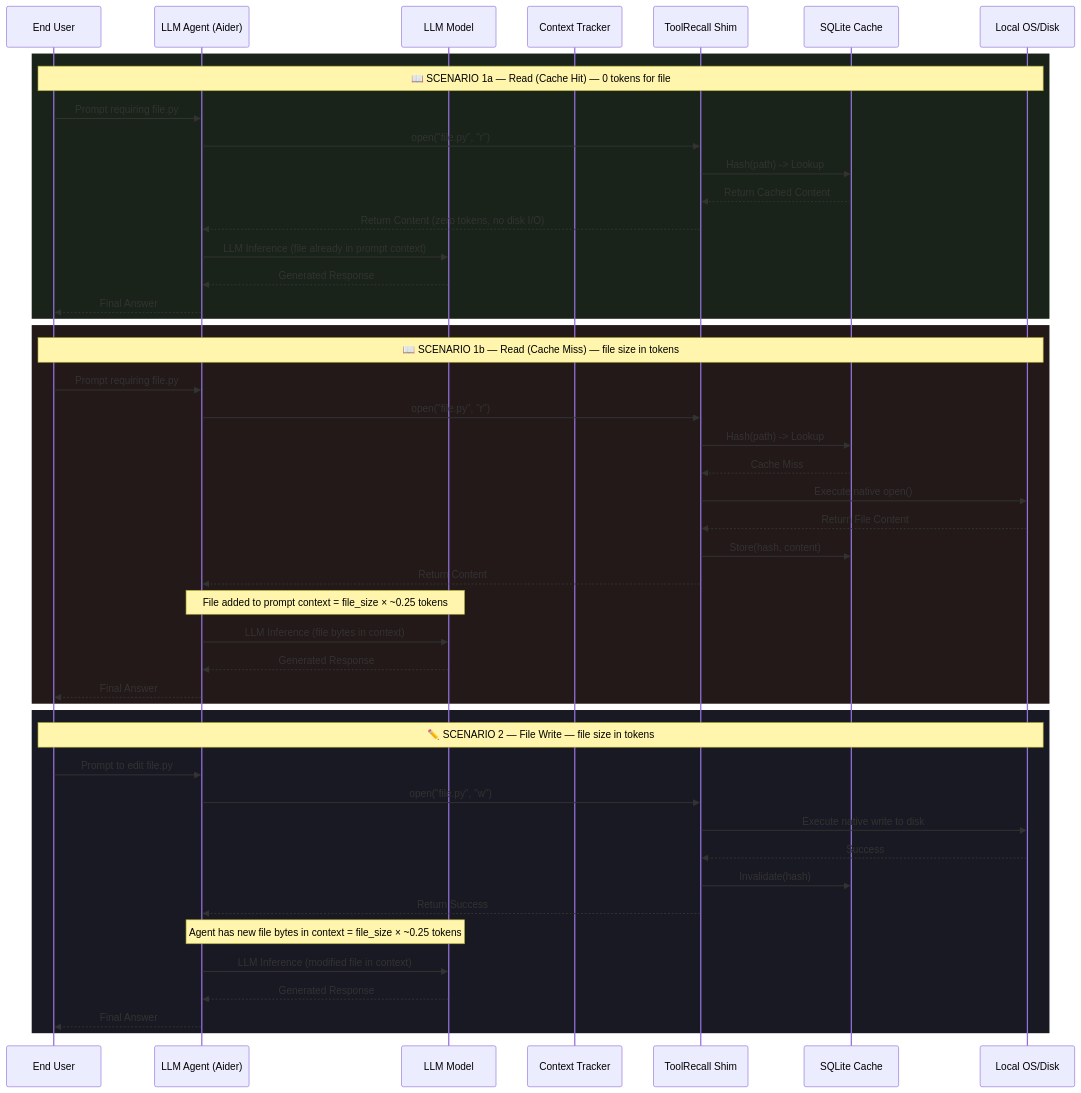
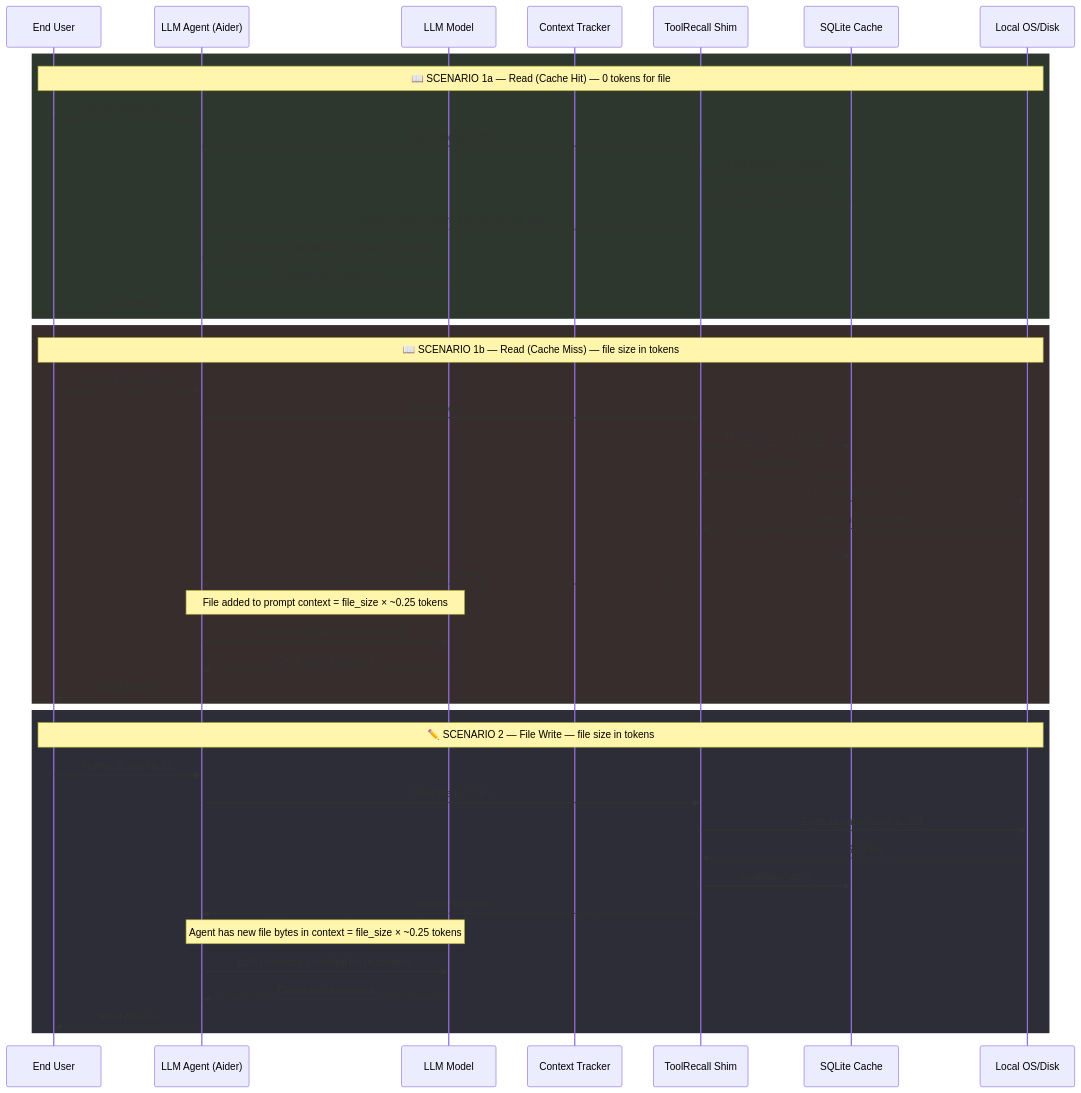
Before and after one commit to whiskybeer/toolrecall: the second of 2 diagrams in docs/ARCHITECTURE_DIAGRAM.md, drawn with Mermaid. The commit also changed other lines of this file, not shown here.

Commit message:
fix: mermaid bright-mode readability — classDef with light text on dark fill

````diff
--- a/docs/ARCHITECTURE_DIAGRAM.md
+++ b/docs/ARCHITECTURE_DIAGRAM.md
@@ -56,52 +60,52 @@
 ```mermaid
 sequenceDiagram
     participant User as End User
     participant Agent as LLM Agent (Aider)
     participant Model as LLM Model
     participant CT as Context Tracker
     participant Shim as ToolRecall Shim
     participant SQLite as SQLite Cache
     participant OS as Local OS/Disk
 
-    rect rgb(25, 35, 25)
+    rect rgb(45, 55, 45)
     Note over User, OS: 📖 SCENARIO 1a — Read (Cache Hit) — 0 tokens for file
     User->>Agent: Prompt requiring file.py
     Agent->>Shim: open("file.py", "r")
     Shim->>SQLite: Hash(path) -> Lookup
     SQLite-->>Shim: Return Cached Content
     Shim-->>Agent: Return Content (zero tokens, no disk I/O)
     Agent->>Model: LLM Inference (file already in prompt context)
     Model-->>Agent: Generated Response
     Agent-->>User: Final Answer
     end
 
-    rect rgb(35, 25, 25)
+    rect rgb(55, 45, 45)
     Note over User, OS: 📖 SCENARIO 1b — Read (Cache Miss) — file size in tokens
     User->>Agent: Prompt requiring file.py
     Agent->>Shim: open("file.py", "r")
     Shim->>SQLite: Hash(path) -> Lookup
     SQLite-->>Shim: Cache Miss
     Shim->>OS: Execute native open()
     OS-->>Shim: Return File Content
     Shim->>SQLite: Store(hash, content)
     Shim-->>Agent: Return Content
     Note over Agent, Model: File added to prompt context = file_size × ~0.25 tokens
     Agent->>Model: LLM Inference (file bytes in context)
     Model-->>Agent: Generated Response
     Agent-->>User: Final Answer
     end
 
-    rect rgb(25, 25, 35)
+    rect rgb(45, 45, 55)
     Note over User, OS: ✏️ SCENARIO 2 — File Write — file size in tokens
     User->>Agent: Prompt to edit file.py
     Agent->>Shim: open("file.py", "w")
     Shim->>OS: Execute native write to disk
     OS-->>Shim: Success
     Shim->>SQLite: Invalidate(hash)
     Shim-->>Agent: Return Success
     Note over Agent, Model: Agent has new file bytes in context = file_size × ~0.25 tokens
     Agent->>Model: LLM Inference (modified file in context)
     Model-->>Agent: Generated Response
     Agent-->>User: Final Answer
     end
 ```
````
